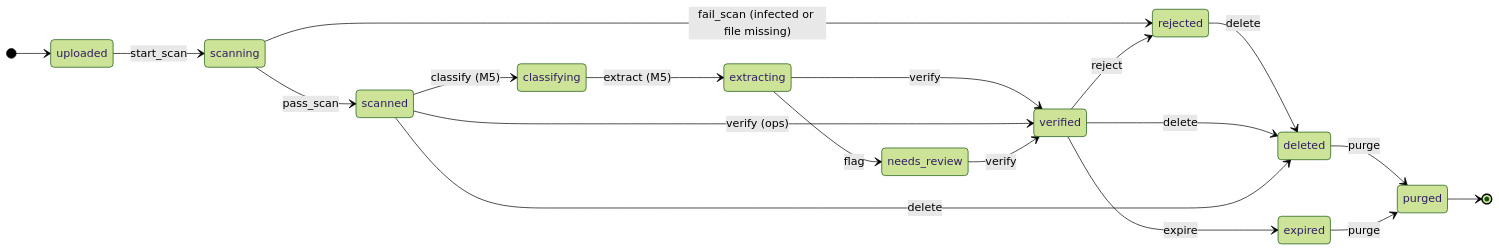
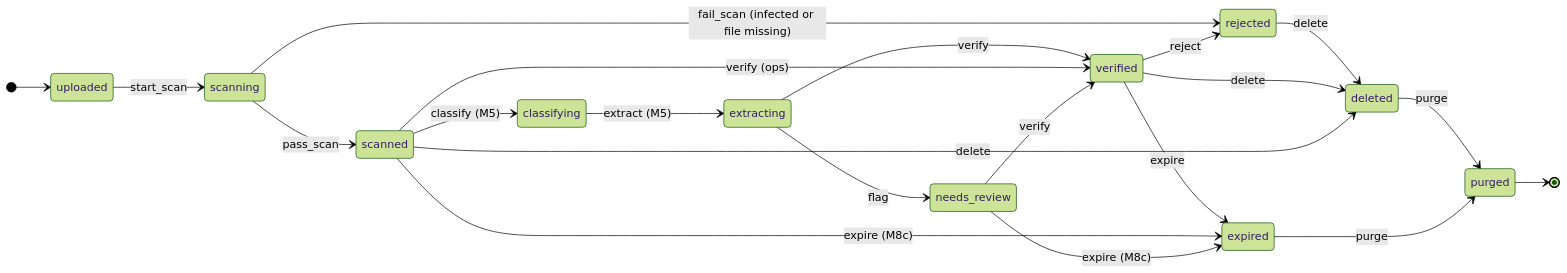
One commit to Shaikhfaruk/fundenflo changed diagram 13 of 16 in docs/ARCHITECTURE.md. Above: the diagram before and after it, drawn with Mermaid (forest theme). The commit also changed other lines of this file and 22 other files, not shown here.

````diff
--- a/docs/ARCHITECTURE.md
+++ b/docs/ARCHITECTURE.md
@@ -461,22 +461,24 @@
 ```mermaid
 stateDiagram-v2
   direction LR
   [*] --> uploaded
   uploaded --> scanning: start_scan
   scanning --> scanned: pass_scan
   scanning --> rejected: fail_scan (infected or file missing)
   scanned --> classifying: classify (M5)
   classifying --> extracting: extract (M5)
   extracting --> verified: verify
   scanned --> verified: verify (ops)
   extracting --> needs_review: flag
   needs_review --> verified: verify
   verified --> rejected: reject
   verified --> expired: expire
+  scanned --> expired: expire (M8c)
+  needs_review --> expired: expire (M8c)
   rejected --> deleted: delete
   verified --> deleted: delete
   scanned --> deleted: delete
   deleted --> purged: purge
   expired --> purged: purge
   purged --> [*]
 ```
````
